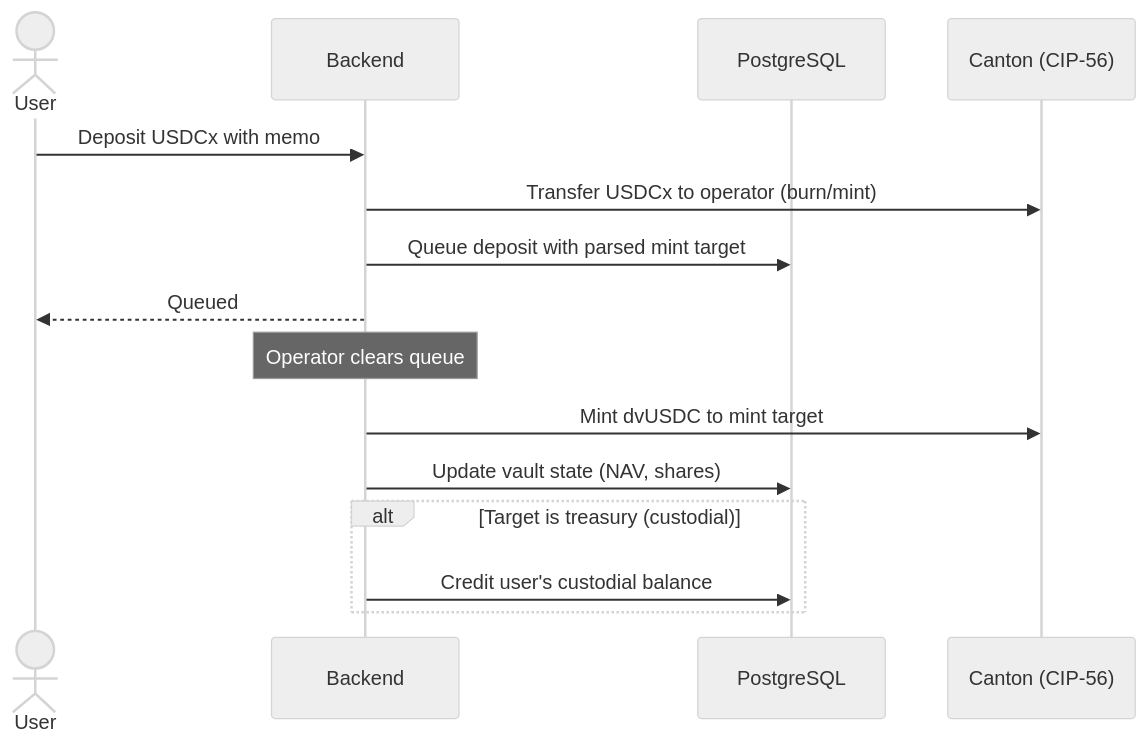
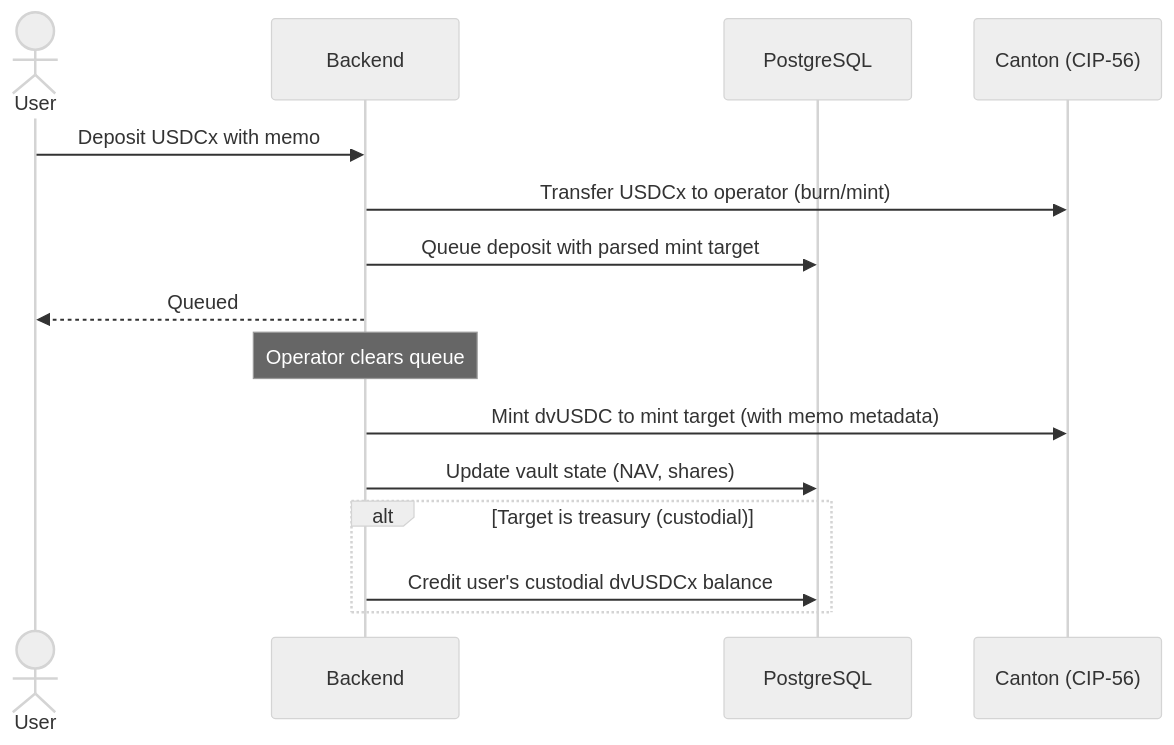
One commit to dittonetwork/ditto-ccvault changed the second of 3 diagrams in README.md. Above: the diagram before and after it, drawn with Mermaid (neutral theme). The commit also changed other lines of this file and 1 other file, not shown here.

First line of the commit message:
docs: update for v9 architecture — party separation, indexer, custodial USDCx

````diff
--- a/README.md
+++ b/README.md
@@ -74,20 +90,20 @@
 ```mermaid
 sequenceDiagram
     actor User
     participant BE as Backend
     participant DB as PostgreSQL
     participant CN as Canton (CIP-56)
 
     User->>BE: Deposit USDCx with memo
     BE->>CN: Transfer USDCx to operator (burn/mint)
     BE->>DB: Queue deposit with parsed mint target
     BE-->>User: Queued
 
     Note over BE: Operator clears queue
-    BE->>CN: Mint dvUSDC to mint target
+    BE->>CN: Mint dvUSDC to mint target (with memo metadata)
     BE->>DB: Update vault state (NAV, shares)
 
     alt Target is treasury (custodial)
-        BE->>DB: Credit user's custodial balance
+        BE->>DB: Credit user's custodial dvUSDCx balance
     end
 ```
````
